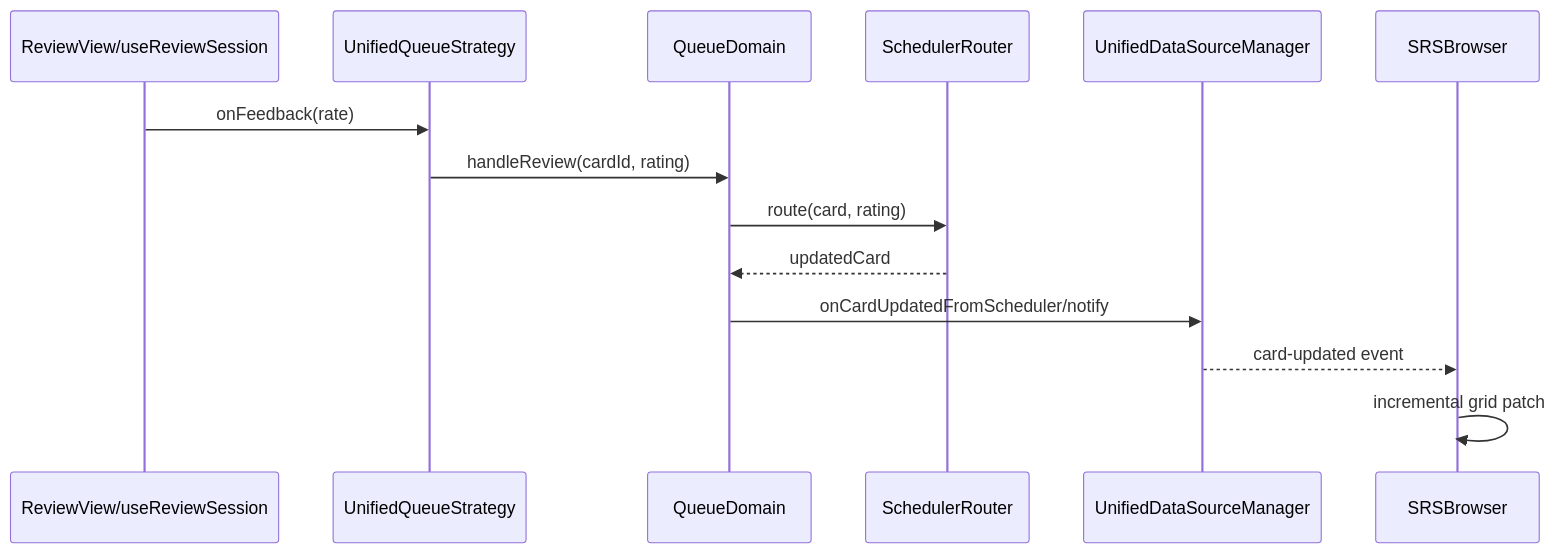
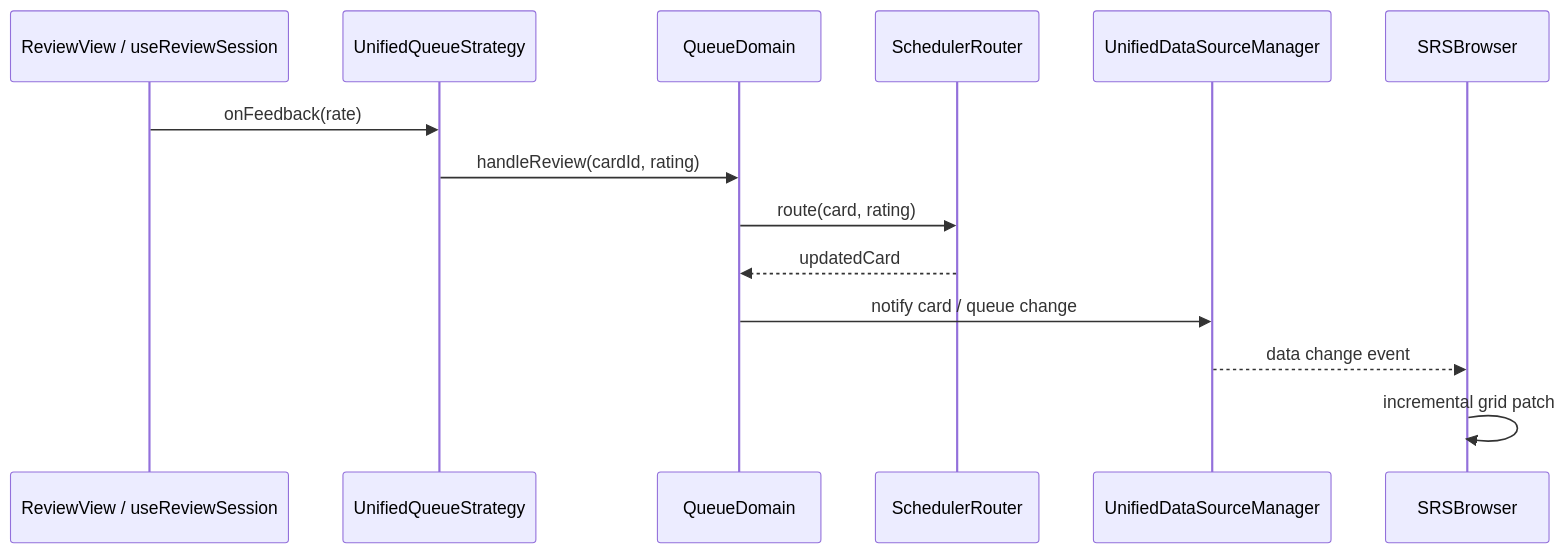
One commit to Dammyxy/siyuanmemoSRC changed the second of 2 diagrams in ARCHITECTURE.md. Above: the diagram before and after it, drawn with Mermaid. The commit also changed other lines of this file and 72 other files, not shown here.

````diff
--- a/ARCHITECTURE.md
+++ b/ARCHITECTURE.md
@@ -370,17 +151,17 @@
 ```mermaid
 sequenceDiagram
-  participant UI as ReviewView/useReviewSession
+  participant UI as ReviewView / useReviewSession
   participant QS as UnifiedQueueStrategy
   participant Q as QueueDomain
   participant SR as SchedulerRouter
   participant UDSM as UnifiedDataSourceManager
   participant B as SRSBrowser
 
   UI->>QS: onFeedback(rate)
   QS->>Q: handleReview(cardId, rating)
   Q->>SR: route(card, rating)
   SR-->>Q: updatedCard
-  Q->>UDSM: onCardUpdatedFromScheduler/notify
-  UDSM-->>B: card-updated event
+  Q->>UDSM: notify card / queue change
+  UDSM-->>B: data change event
   B->>B: incremental grid patch
 ```
````
